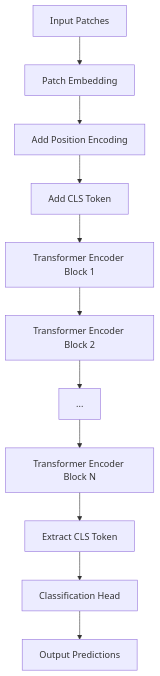
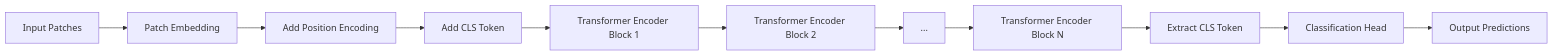
The second of 3 diagrams in posts/models/vision-transformers-explained/index.qmd (theja-vanka/blogs), drawn with Mermaid before and after one commit. The commit also changed other lines of this file and 144 other files, not shown here.

````diff
--- a/posts/models/vision-transformers-explained/index.qmd
+++ b/posts/models/vision-transformers-explained/index.qmd
@@ -89,15 +90,16 @@
 ```{mermaid}
 %%| code-fold: true
+%%| echo: false
 
-graph TD
+graph LR
     A[Input Patches] --> B[Patch Embedding]
     B --> C[Add Position Encoding]
     C --> D[Add CLS Token]
     D --> E[Transformer Encoder Block 1]
     E --> F[Transformer Encoder Block 2]
     F --> G[...]
     G --> H[Transformer Encoder Block N]
     H --> I[Extract CLS Token]
     I --> J[Classification Head]
     J --> K[Output Predictions]
 ```
````
